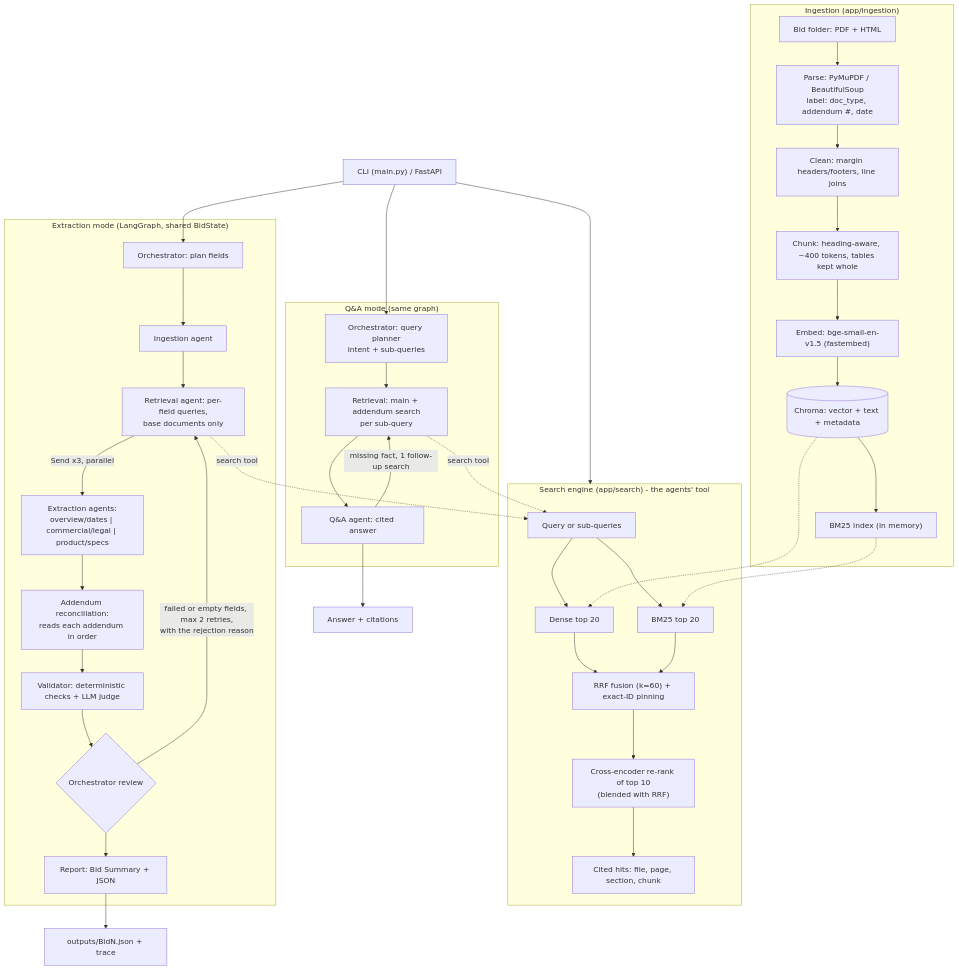
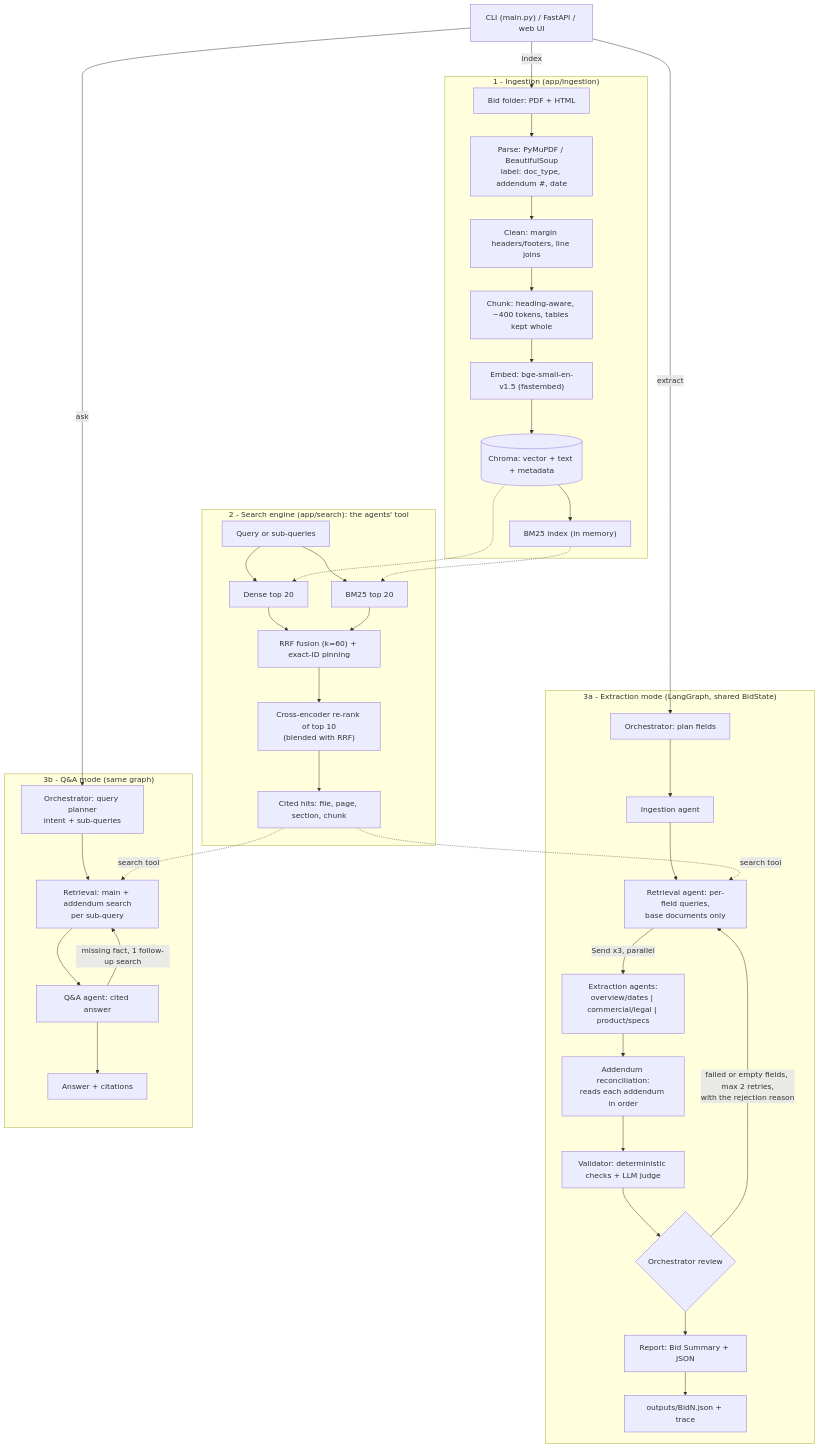
Before and after one commit to Piruthvi1968/Emplay-Assesment: the diagram in README.md, drawn with Mermaid. The commit also changed other lines of this file and 31 other files, not shown here.

````diff
--- a/README.md
+++ b/README.md
@@ -99,47 +101,49 @@
 ```mermaid
 flowchart TB
-  subgraph Ingestion["Ingestion (app/ingestion)"]
+  API["CLI (main.py) / FastAPI / web UI"]
+
+  subgraph Ingestion["1 - Ingestion (app/ingestion)"]
     F["Bid folder: PDF + HTML"] --> P["Parse: PyMuPDF / BeautifulSoup<br/>label: doc_type, addendum #, date"]
     P --> CL["Clean: margin headers/footers, line joins"]
     CL --> C["Chunk: heading-aware, ~400 tokens, tables kept whole"]
     C --> E["Embed: bge-small-en-v1.5 (fastembed)"]
     E --> V[("Chroma: vector + text + metadata")]
     V --> B["BM25 index (in memory)"]
   end
 
-  subgraph Search["Search engine (app/search) - the agents' tool"]
+  subgraph Search["2 - Search engine (app/search): the agents' tool"]
     Q["Query or sub-queries"] --> D["Dense top 20"]
     Q --> K["BM25 top 20"]
     D --> R["RRF fusion (k=60) + exact-ID pinning"]
     K --> R
     R --> X["Cross-encoder re-rank of top 10<br/>(blended with RRF)"]
     X --> H["Cited hits: file, page, section, chunk"]
   end
   V -.-> D
   B -.-> K
 
-  subgraph Extract["Extraction mode (LangGraph, shared BidState)"]
+  subgraph Extract["3a - Extraction mode (LangGraph, shared BidState)"]
     O1["Orchestrator: plan fields"] --> IA["Ingestion agent"]
     IA --> RA["Retrieval agent: per-field queries,<br/>base documents only"]
     RA -->|"Send x3, parallel"| EX["Extraction agents:<br/>overview/dates | commercial/legal | product/specs"]
     EX --> AR["Addendum reconciliation:<br/>reads each addendum in order"]
     AR --> VA["Validator: deterministic checks + LLM judge"]
     VA --> OR{"Orchestrator review"}
     OR -->|"failed or empty fields, max 2 retries,<br/>with the rejection reason"| RA
     OR --> RP["Report: Bid Summary + JSON"]
+    RP --> OUT["outputs/BidN.json + trace"]
   end
 
-  subgraph QA["Q&A mode (same graph)"]
+  subgraph QA["3b - Q&A mode (same graph)"]
     O2["Orchestrator: query planner<br/>intent + sub-queries"] --> QR["Retrieval: main + addendum search<br/>per sub-query"]
     QR --> QN["Q&A agent: cited answer"]
     QN -->|"missing fact, 1 follow-up search"| QR
+    QN --> ANS["Answer + citations"]
   end
 
-  RA -. search tool .-> Q
-  QR -. search tool .-> Q
-  API["CLI (main.py) / FastAPI"] --> O1
-  API --> O2
-  API --> Search
-  RP --> OUT["outputs/BidN.json + trace"]
-  QN --> ANS["Answer + citations"]
+  API -->|index| F
+  H -. "search tool" .-> RA
+  H -. "search tool" .-> QR
+  API -->|extract| O1
+  API -->|ask| O2
 ```
````
